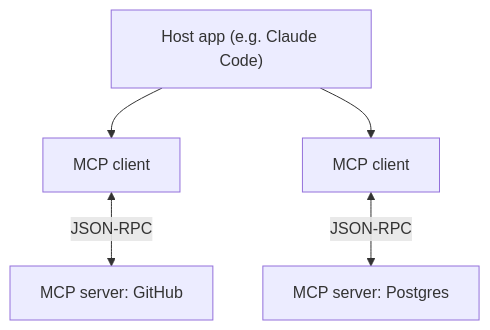
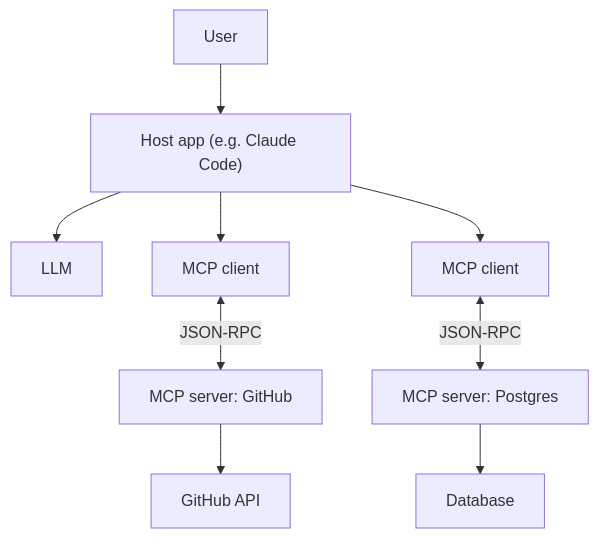
The second of 13 diagrams in topics/09-mcp.md (AkshayAshokCode/AI-Interview-Questions-and-Answers), drawn with Mermaid before and after one commit. The commit also changed other lines of this file and 14 other files, not shown here.

````diff
--- a/topics/09-mcp.md
+++ b/topics/09-mcp.md
@@ -40,7 +114,11 @@
 ```mermaid
 flowchart TD
-    H["Host app (e.g. Claude Code)"] --> C1["MCP client"]
+    U["User"] --> H["Host app (e.g. Claude Code)"]
+    H --> M["LLM"]
+    H --> C1["MCP client"]
     H --> C2["MCP client"]
     C1 <-->|"JSON-RPC"| S1["MCP server: GitHub"]
     C2 <-->|"JSON-RPC"| S2["MCP server: Postgres"]
+    S1 --> X1["GitHub API"]
+    S2 --> X2["Database"]
 ```
````
